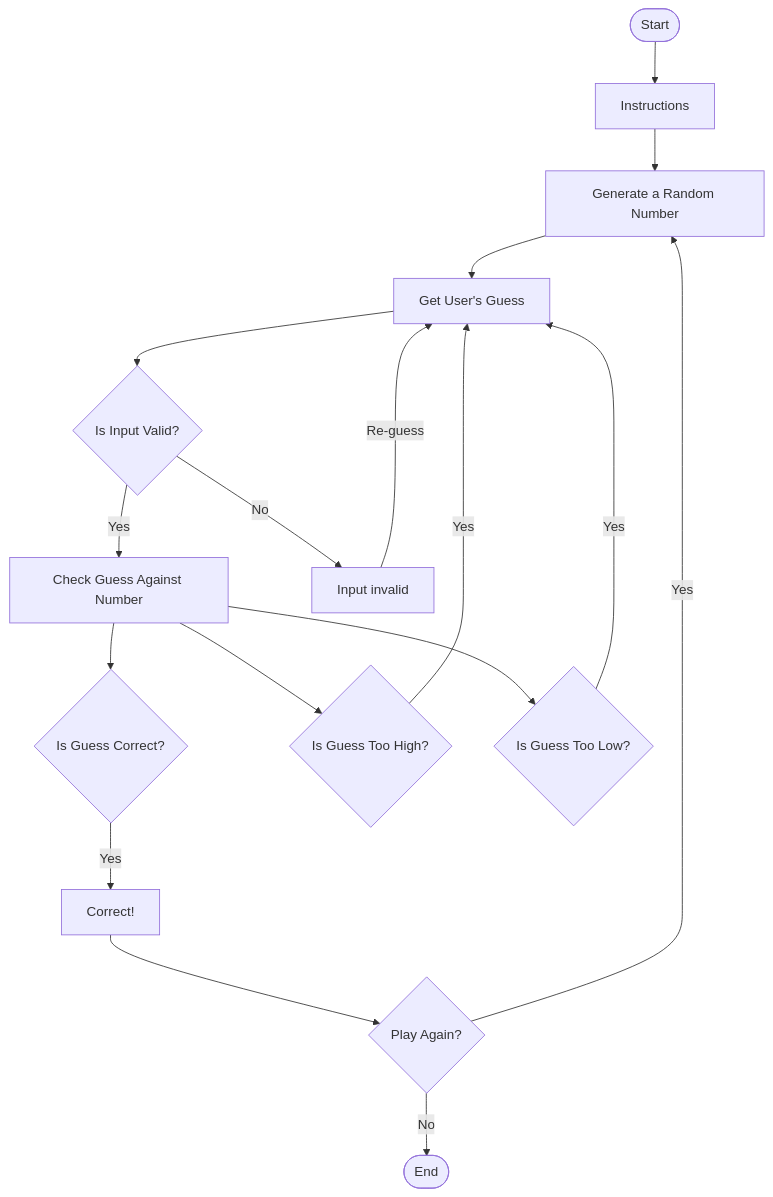
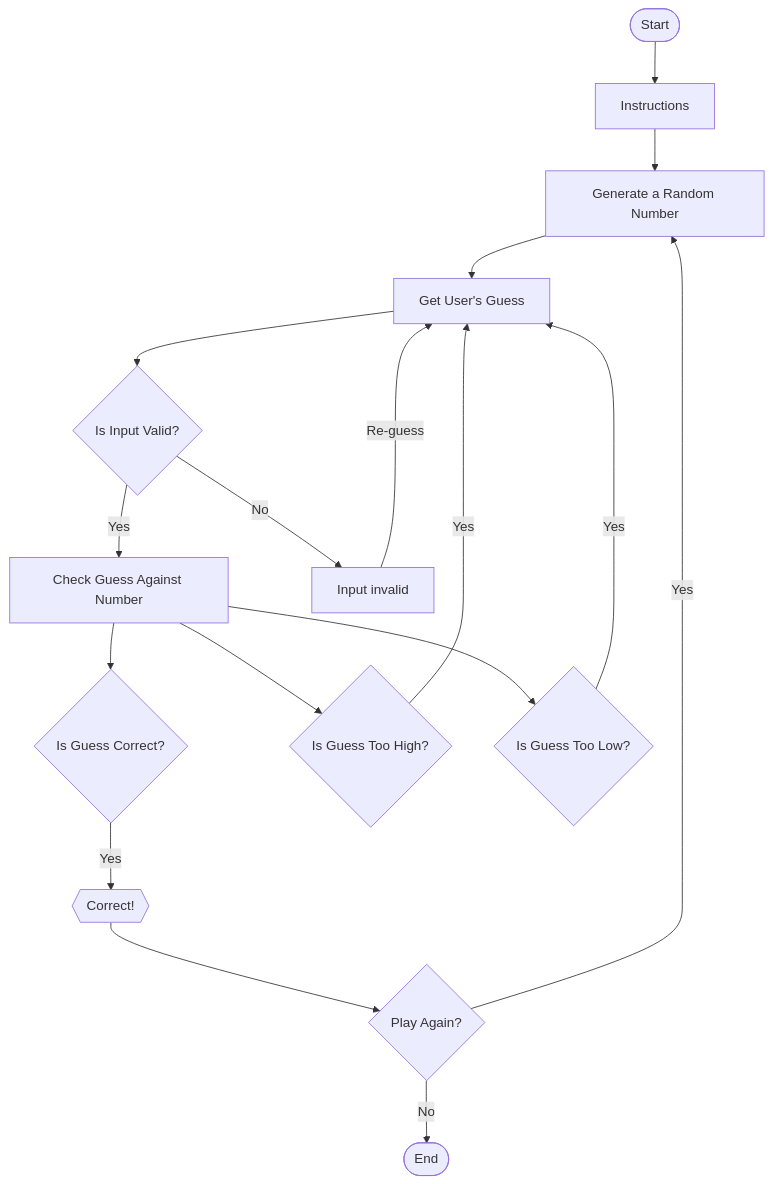
One commit to greysch/mermaid changed the diagram in Guessing.md. Above: the diagram before and after it, drawn with Mermaid.

Commit message:
Updated "Correct!" outline shape.md

````diff
--- a/Guessing.md
+++ b/Guessing.md
@@ -4,26 +4,26 @@
 ```mermaid
 flowchart TD
     Start([Start]) --> DisplayInstructions[Instructions]
     DisplayInstructions --> GenerateNumber[Generate a Random Number]
     GenerateNumber --> UserGuess[Get User's Guess]
     UserGuess --> ValidateInput{Is Input Valid?}
 
     ValidateInput -- Yes --> CheckGuess[Check Guess Against Number]
     ValidateInput -- No --> DisplayError[Input invalid]
 
     DisplayError -- Re-guess --> UserGuess
     CheckGuess --> CorrectGuess{Is Guess Correct?}
-    CorrectGuess -- Yes --> DisplaySuccess[Correct!]
+    CorrectGuess -- Yes --> DisplaySuccess{{Correct!}}
     DisplaySuccess --> PlayAgain{Play Again?}
 
     CheckGuess --> TooHigh{Is Guess Too High?}
     CheckGuess --> TooLow{Is Guess Too Low?}
 
     TooHigh -- Yes --> UserGuess
     TooLow -- Yes --> UserGuess
 
     PlayAgain -- Yes --> GenerateNumber
     PlayAgain -- No --> End([End])
 
     
 ```
````
